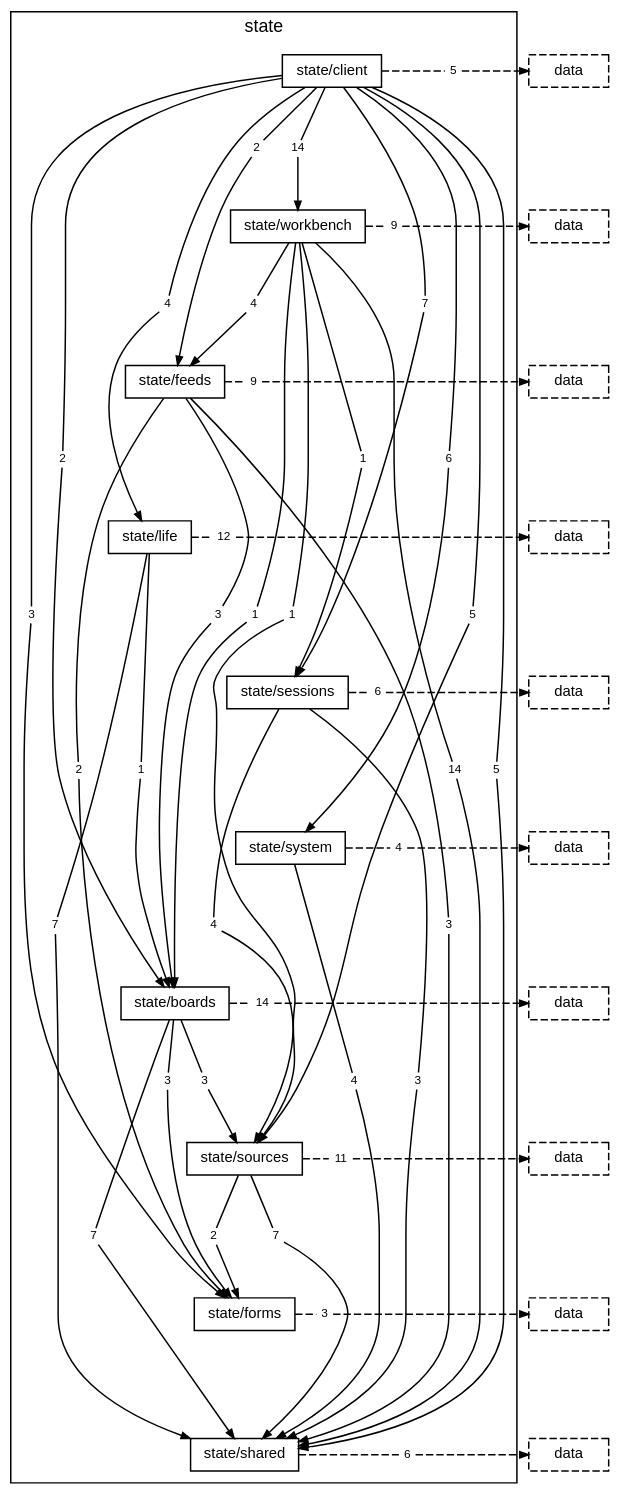
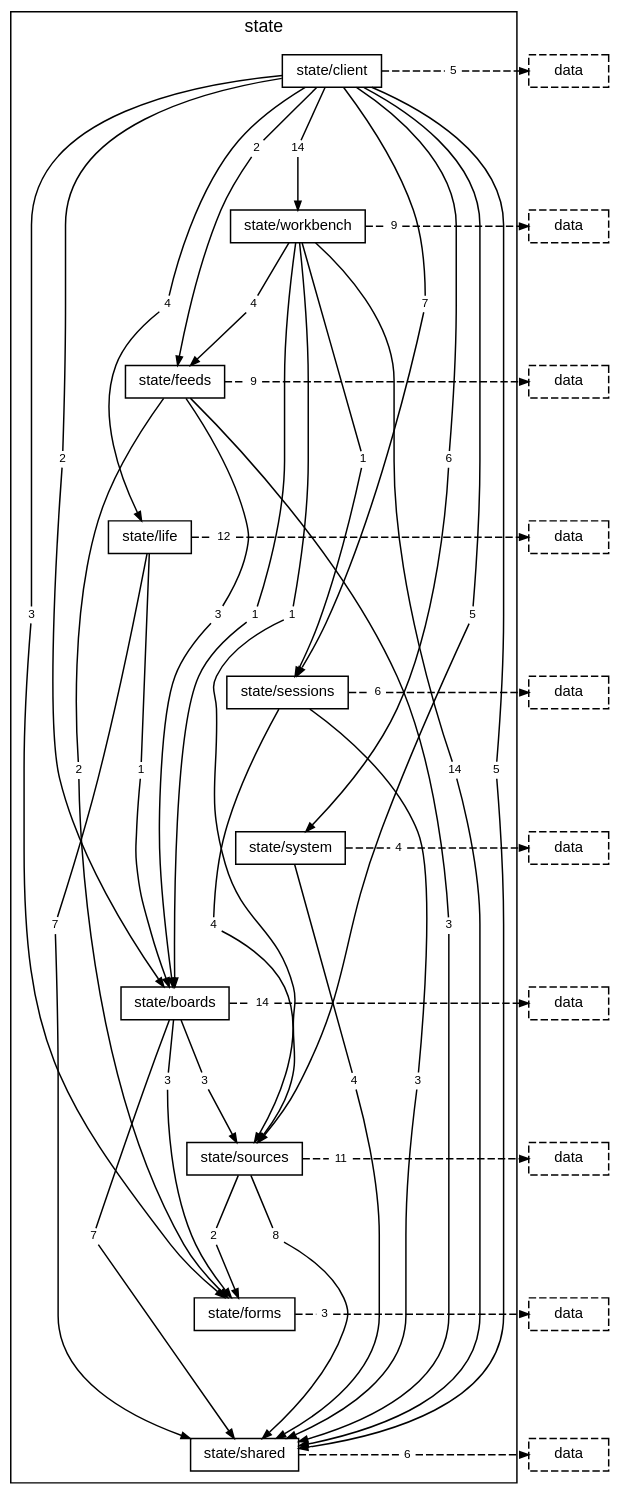
Before and after one commit to TheAxeC/oculus: the diagram in docs/diagrams/layer-state.dot, drawn with Graphviz. The commit also changed 93 other files, not shown here.

```diff
--- a/docs/diagrams/layer-state.dot
+++ b/docs/diagrams/layer-state.dot
@@ -47,7 +47,7 @@
         "folder state/boards to folder state/sources" [label="3", shape=box, color="transparent", fontsize=8, width=0, height=0, margin="0.04,0.02"];
         "folder state/boards to layer data" [label="14", shape=box, color="transparent", fontsize=8, width=0, height=0, margin="0.04,0.02"];
         "folder state/sources to folder state/forms" [label="2", shape=box, color="transparent", fontsize=8, width=0, height=0, margin="0.04,0.02"];
-        "folder state/sources to folder state/shared" [label="7", shape=box, color="transparent", fontsize=8, width=0, height=0, margin="0.04,0.02"];
+        "folder state/sources to folder state/shared" [label="8", shape=box, color="transparent", fontsize=8, width=0, height=0, margin="0.04,0.02"];
         "folder state/sources to layer data" [label="11", shape=box, color="transparent", fontsize=8, width=0, height=0, margin="0.04,0.02"];
         "folder state/forms to layer data" [label="3", shape=box, color="transparent", fontsize=8, width=0, height=0, margin="0.04,0.02"];
         "folder state/shared to layer data" [label="6", shape=box, color="transparent", fontsize=8, width=0, height=0, margin="0.04,0.02"];
```
